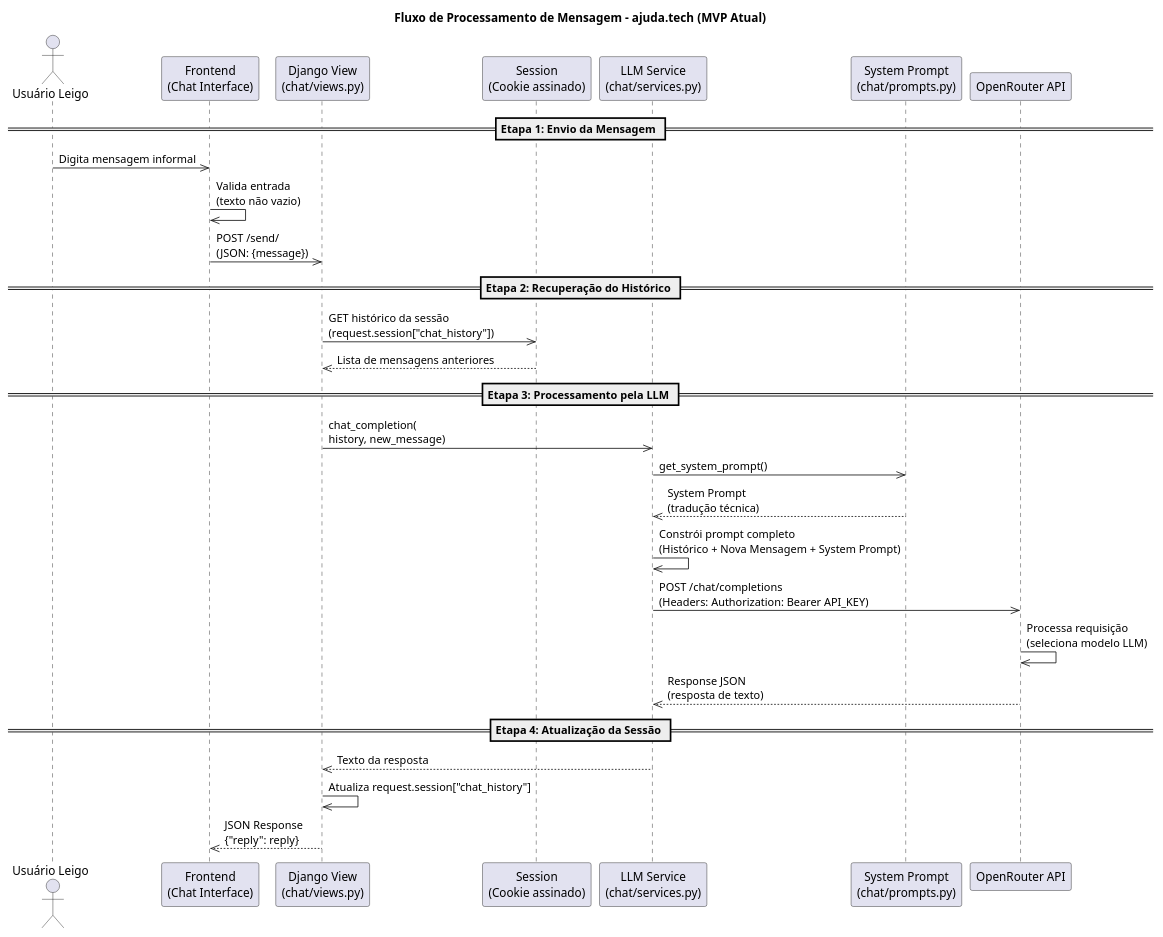
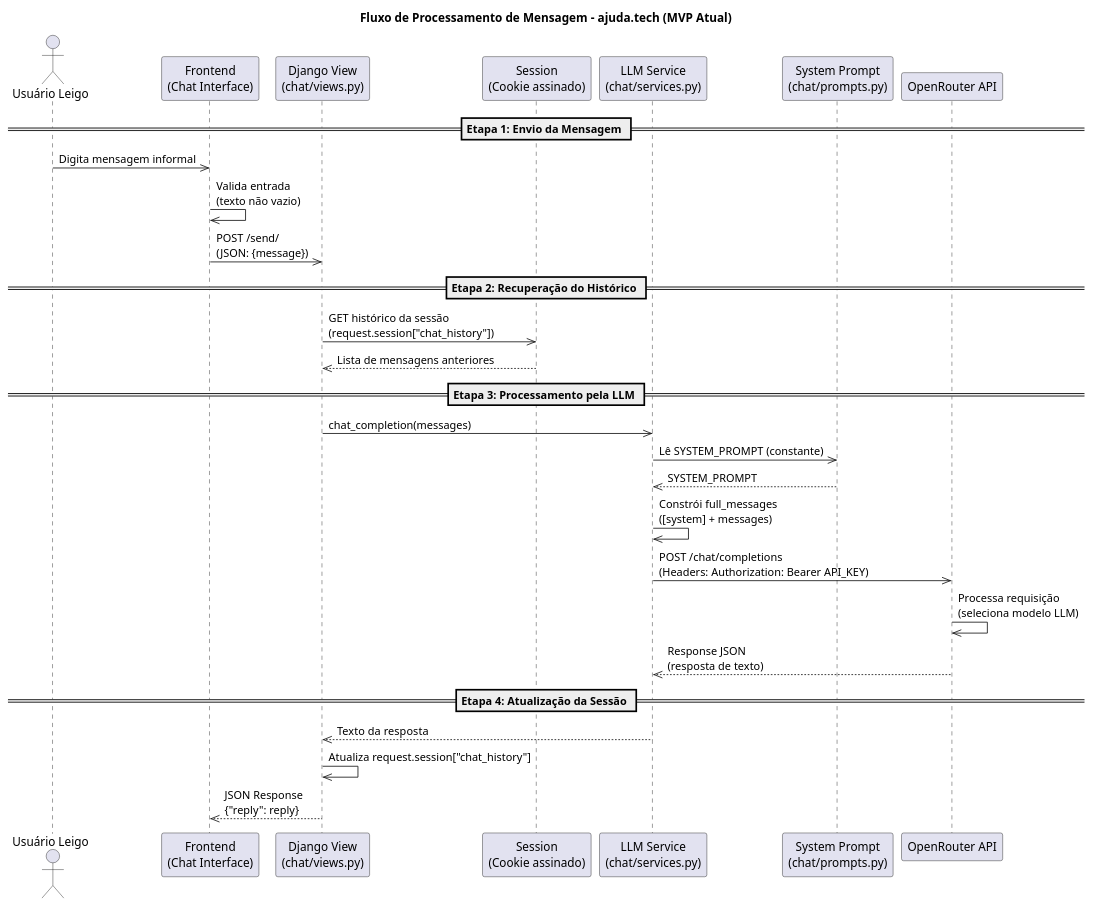
Before and after one commit to wagner-sousa/ajuda.tech: the diagram in docs/DIAGRAMA_SEQUENCIA.md, drawn with PlantUML.

Commit message:
docs: alinhar diagrama de sequência ao fluxo real da LLM

````diff
--- a/docs/DIAGRAMA_SEQUENCIA.md
+++ b/docs/DIAGRAMA_SEQUENCIA.md
@@ -7,37 +7,37 @@
 ```plantuml
 @startuml
 title Fluxo de Processamento de Mensagem - ajuda.tech (MVP Atual)
 
 actor "Usuário Leigo" as User
 participant "Frontend\n(Chat Interface)" as Frontend
 participant "Django View\n(chat/views.py)" as DjangoView
 participant "Session\n(Cookie assinado)" as Session
 participant "LLM Service\n(chat/services.py)" as LLMService
 participant "System Prompt\n(chat/prompts.py)" as SystemPrompt
 participant "OpenRouter API" as OpenRouter
 
 == Etapa 1: Envio da Mensagem ==
 User ->> Frontend: Digita mensagem informal
 Frontend ->> Frontend: Valida entrada\n(texto não vazio)
 Frontend ->> DjangoView: POST /send/\n(JSON: {message})
 
 == Etapa 2: Recuperação do Histórico ==
 DjangoView ->> Session: GET histórico da sessão\n(request.session["chat_history"])
 Session -->> DjangoView: Lista de mensagens anteriores
 
 == Etapa 3: Processamento pela LLM ==
-DjangoView ->> LLMService: chat_completion(\nhistory, new_message)
-LLMService ->> SystemPrompt: get_system_prompt()
-SystemPrompt -->> LLMService: System Prompt\n(tradução técnica)
-LLMService ->> LLMService: Constrói prompt completo\n(Histórico + Nova Mensagem + System Prompt)
+DjangoView ->> LLMService: chat_completion(messages)
+LLMService ->> SystemPrompt: Lê SYSTEM_PROMPT (constante)
+SystemPrompt -->> LLMService: SYSTEM_PROMPT
+LLMService ->> LLMService: Constrói full_messages\n([system] + messages)
 LLMService ->> OpenRouter: POST /chat/completions\n(Headers: Authorization: Bearer API_KEY)
 OpenRouter ->> OpenRouter: Processa requisição\n(seleciona modelo LLM)
 OpenRouter -->> LLMService: Response JSON\n(resposta de texto)
 
 == Etapa 4: Atualização da Sessão ==
 LLMService -->> DjangoView: Texto da resposta
 DjangoView ->> DjangoView: Atualiza request.session["chat_history"]
 DjangoView -->> Frontend: JSON Response\n{"reply": reply}
 
 @enduml
 ```
````
